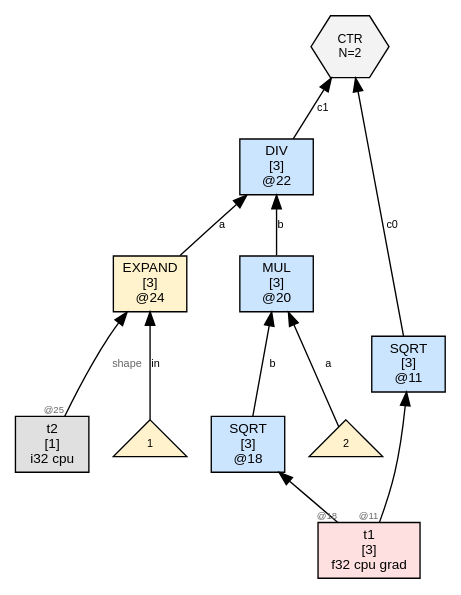
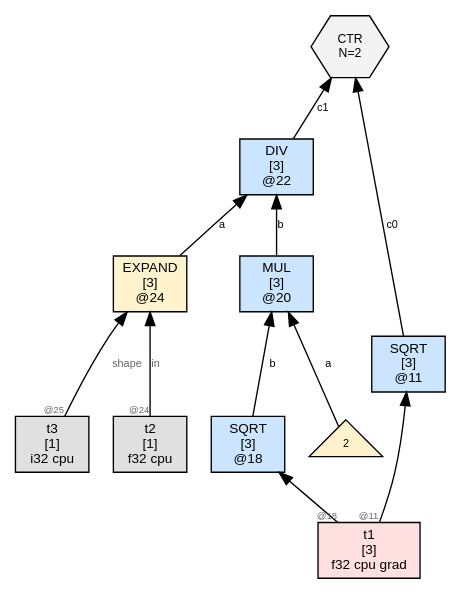
The diagram in wl/examples/thvm_graphs/grad_rules/sqrt/thvm_2_post_sweep.dot (sw1sh/TinyHVM), drawn with Graphviz before and after one commit. The commit also changed 163 other files, not shown here.

First line of the commit message:
grad: GRAD2 leaf emits shape-[1] TEN instead of raw NUM

```diff
--- a/wl/examples/thvm_graphs/grad_rules/sqrt/thvm_2_post_sweep.dot
+++ b/wl/examples/thvm_graphs/grad_rules/sqrt/thvm_2_post_sweep.dot
@@ -1,26 +1,26 @@
 digraph G {
   rankdir=BT;
   node [fontname="Helvetica", fontsize=10, style=filled, shape=box, margin="0.1,0.05"];
   edge [fontsize=8, fontname="Helvetica"];
 
   n11 [label="SQRT\n[3]\n@11", shape=box, fillcolor="#cce5ff"];
   t1 [label="t1\n[3]\nf32 cpu grad",shape=box,fillcolor="#ffe0e0"];
   t1 -> n11 [label="",taillabel="@11",labelfontsize=7,fontcolor="#666666"];
   n22 [label="DIV\n[3]\n@22", shape=box, fillcolor="#cce5ff"];
   n24 -> n22 [label="a"];
   n20 -> n22 [label="b"];
   ctr8 [label="CTR\nN=2", shape=hexagon, fillcolor="#f3f3f3", fontsize=9];
   n11 -> ctr8 [label="c0"];
   n22 -> ctr8 [label="c1"];
   n18 [label="SQRT\n[3]\n@18", shape=box, fillcolor="#cce5ff"];
   t1 -> n18 [label="",taillabel="@18",labelfontsize=7,fontcolor="#666666"];
   n24 [label="EXPAND\n[3]\n@24", shape=box, fillcolor="#fff3cd"];
-  num24_0 [label="1",shape=triangle,fillcolor="#fff2cc",fontsize=8];
-  num24_0 -> n24 [label="in"];
-  t2 [label="t2\n[1]\ni32 cpu",shape=box,fillcolor="#e0e0e0"];
-  t2 -> n24 [label="shape",taillabel="@25",labelfontsize=7,fontcolor="#666666"];
+  t2 [label="t2\n[1]\nf32 cpu",shape=box,fillcolor="#e0e0e0"];
+  t2 -> n24 [label="in",taillabel="@24",labelfontsize=7,fontcolor="#666666"];
+  t3 [label="t3\n[1]\ni32 cpu",shape=box,fillcolor="#e0e0e0"];
+  t3 -> n24 [label="shape",taillabel="@25",labelfontsize=7,fontcolor="#666666"];
   n20 [label="MUL\n[3]\n@20", shape=box, fillcolor="#cce5ff"];
   num20_0 [label="2",shape=triangle,fillcolor="#fff2cc",fontsize=8];
   num20_0 -> n20 [label="a"];
   n18 -> n20 [label="b"];
 }
```
